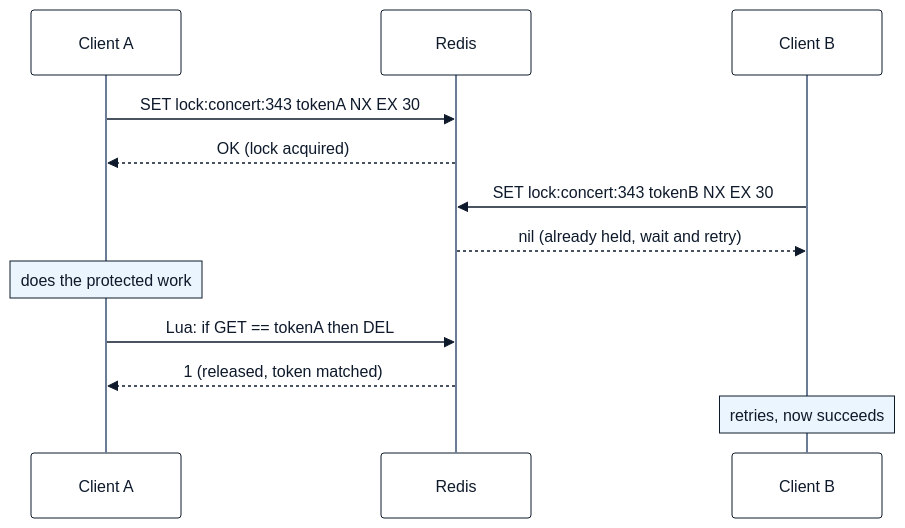
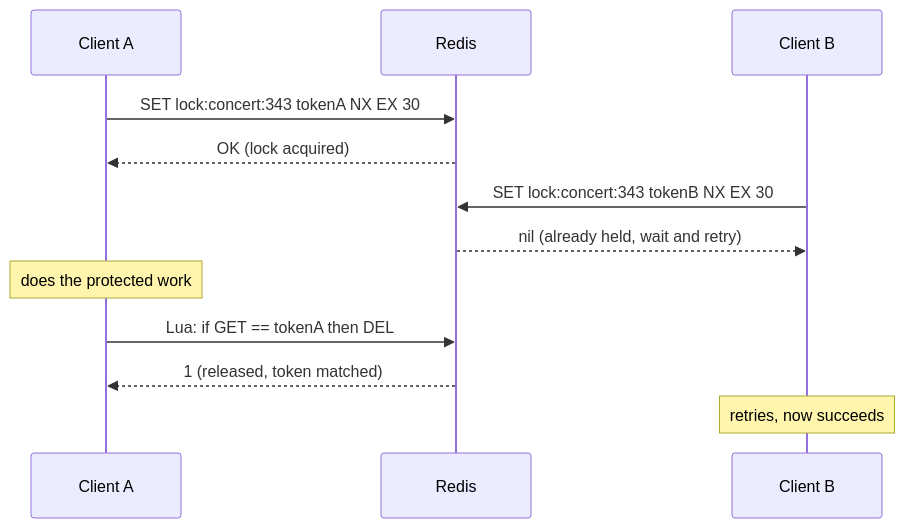
One commit to cartmancodes/InterviewVault changed the first of 2 diagrams in LLD/SystemDesign/DeepDives/Redis.md. Above: the diagram before and after it, drawn with Mermaid. The commit also changed other lines of this file and 679 other files, not shown here.

Commit message:
Unify content diagrams and add accessible visual walkthroughs

````diff
--- a/LLD/SystemDesign/DeepDives/Redis.md
+++ b/LLD/SystemDesign/DeepDives/Redis.md
@@ -124,33 +124,14 @@
 ```mermaid
----
-config:
-  look: handDrawn
-  handDrawnSeed: 7
-  themeVariables:
-    primaryColor: "#FFFFFF"
-    primaryBorderColor: "#0E1A2B"
-    primaryTextColor: "#0E1A2B"
-    lineColor: "#0E1A2B"
-    actorBkg: "#FFFFFF"
-    actorBorder: "#0E1A2B"
-    actorTextColor: "#0E1A2B"
-    actorLineColor: "#6B7C96"
-    signalColor: "#0E1A2B"
-    signalTextColor: "#0E1A2B"
-    noteBkgColor: "#EAF5FD"
-    noteBorderColor: "#0E1A2B"
-    noteTextColor: "#0E1A2B"
----
 sequenceDiagram
     participant A as Client A
     participant R as Redis
     participant B as Client B
     A->>R: SET lock:concert:343 tokenA NX EX 30
     R-->>A: OK (lock acquired)
     B->>R: SET lock:concert:343 tokenB NX EX 30
     R-->>B: nil (already held, wait and retry)
     Note over A: does the protected work
     A->>R: Lua: if GET == tokenA then DEL
     R-->>A: 1 (released, token matched)
     Note over B: retries, now succeeds
 ```
````
